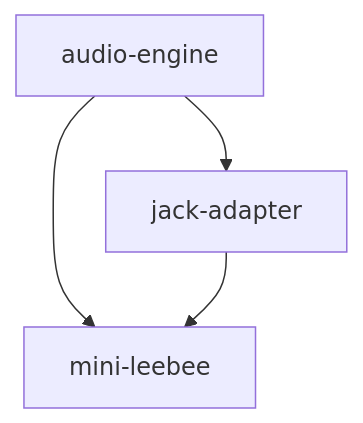
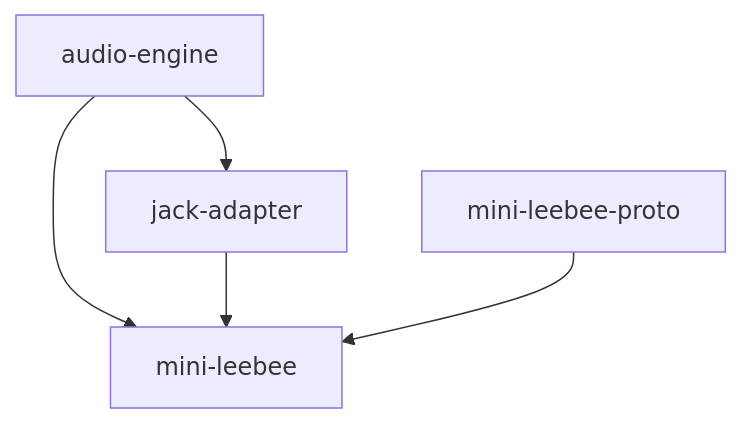
Before and after one commit to wmedrano/mini-leebee: the diagram in README.md, drawn with Mermaid. The commit also changed other lines of this file and 14 other files, not shown here.

````diff
--- a/README.md
+++ b/README.md
@@ -20,7 +35,8 @@
 ```mermaid
 graph TD
   audio-engine --> jack-adapter
 
   audio-engine --> mini-leebee
   jack-adapter --> mini-leebee
+  mini-leebee-proto --> mini-leebee
 ```
````
